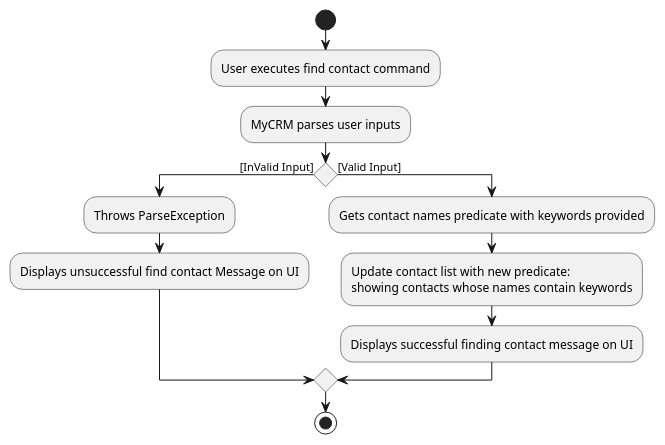
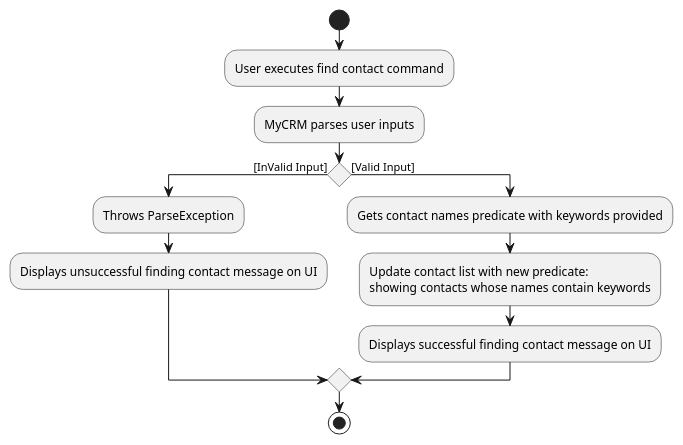
The diagram in docs/diagrams/contact/FindContactActivityDiagram.puml (ooawagaeri/tp), drawn with PlantUML before and after one commit. The commit also changed 16 other files, not shown here.

Commit message:
Update format of diagrams and ppp

```diff
--- a/docs/diagrams/contact/FindContactActivityDiagram.puml
+++ b/docs/diagrams/contact/FindContactActivityDiagram.puml
@@ -1,15 +1,15 @@
 @startuml
 start
 :User executes find contact command;
 :MyCRM parses user inputs;
 if () then ([InValid Input])
     :Throws ParseException;
-    :Displays unsuccessful find contact Message on UI;
+    :Displays unsuccessful finding contact message on UI;
 else ([Valid Input])
 :Gets contact names predicate with keywords provided;
 :Update contact list with new predicate:
 showing contacts whose names contain keywords;
 :Displays successful finding contact message on UI;
 endif
 stop
 @enduml
```
